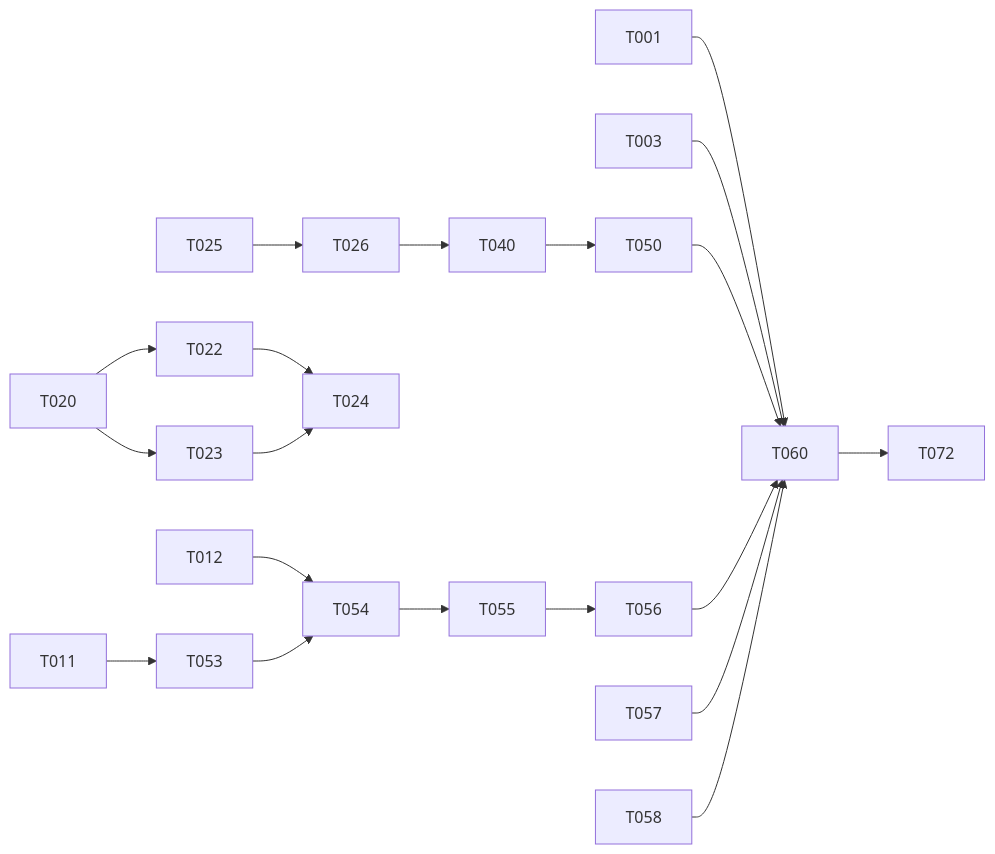
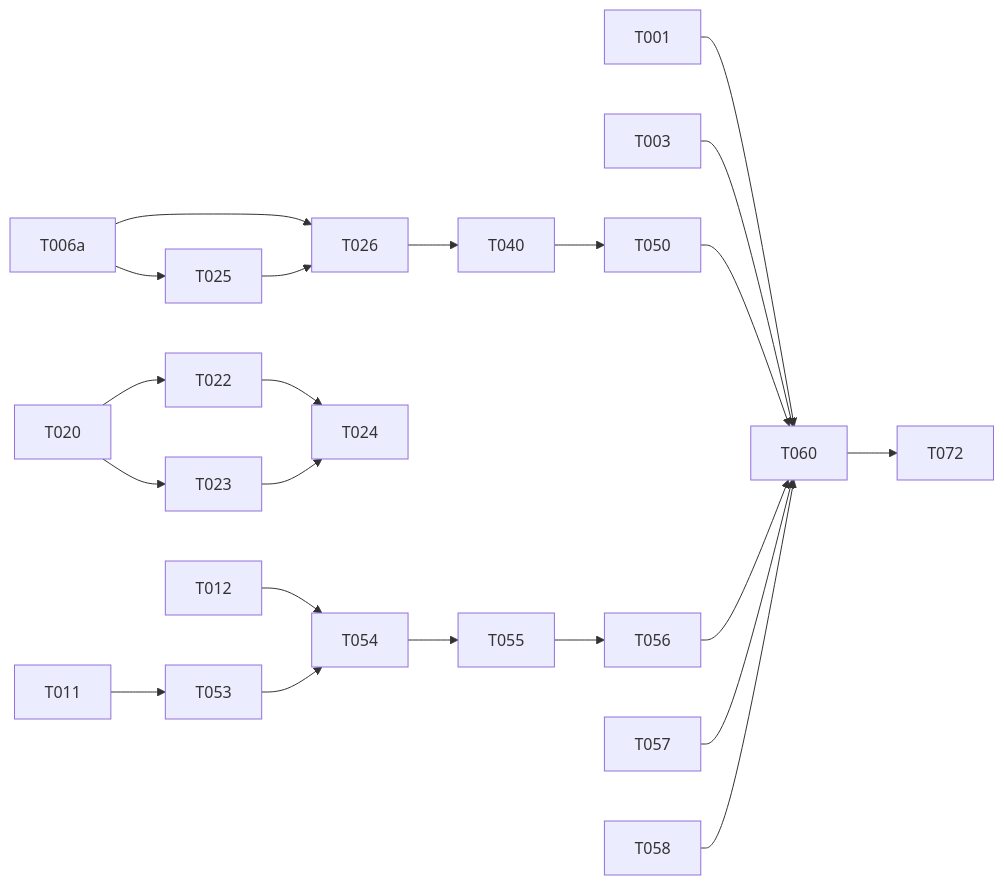
The diagram in specs/001-mvp/tasks.md (inq-o/phonedoctor), drawn with Mermaid before and after one commit. The commit also changed 2 other files, not shown here.

Commit message:
docs(spec): CodeRabbit 반영 — 자동 탐지 과대해석 방지, T006a→T025·T026 의존 추가

````diff
--- a/specs/001-mvp/tasks.md
+++ b/specs/001-mvp/tasks.md
@@ -98,13 +98,14 @@
 ```mermaid
 flowchart LR
     T001 --> T060
     T003 --> T060
     T011 --> T053
     T012 --> T054
     T020 --> T022 & T023
     T022 & T023 --> T024
+    T006a --> T025 & T026
     T025 --> T026 --> T040 --> T050
     T053 --> T054 --> T055 --> T056
     T050 & T056 & T057 & T058 --> T060
     T060 --> T072
 ```
````
